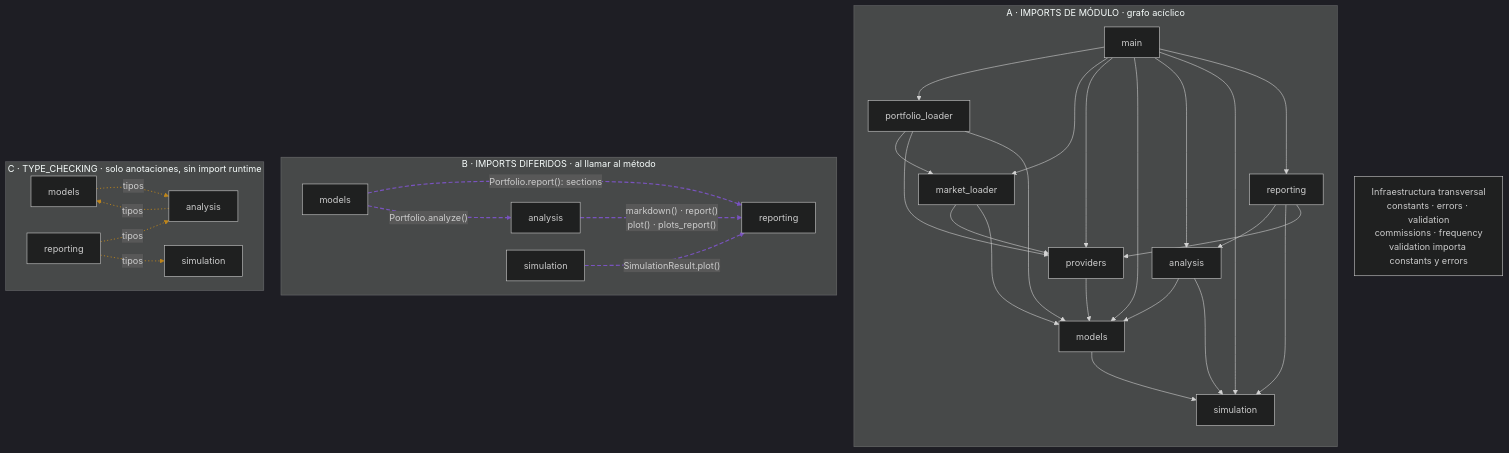
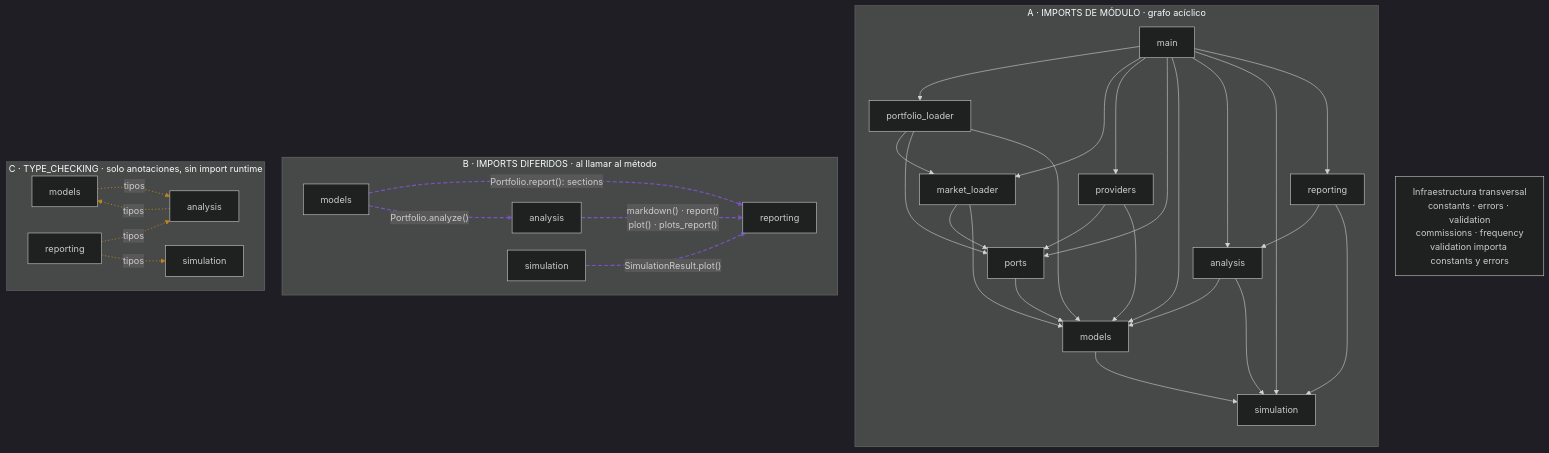
The diagram in diagramas/05-dependencias.mmd (Diegopasfer1909/tallerb1-t1-equipo7), drawn with Mermaid (dark theme) before and after one commit. The commit also changed 34 other files, not shown here.

First line of the commit message:
Puertos de la entrada de datos en el núcleo y adaptadores creados solo en main

```diff
--- a/diagramas/05-dependencias.mmd
+++ b/diagramas/05-dependencias.mmd
@@ -1,81 +1,84 @@
 %% Imports internos extraídos del AST. Tres vistas separadas evitan confundir
 %% importación al cargar un módulo, importación al llamar y anotaciones de tipos.
 %%{init: {"flowchart":{"curve":"basis","nodeSpacing":30,"rankSpacing":50}}}%%
 flowchart TB
     accTitle: B1-T1 · Dependencias entre paquetes
     accDescr: Imports de módulo sin ciclos, imports diferidos de conveniencia e imports exclusivos de TYPE_CHECKING.
     subgraph MODULE["A · IMPORTS DE MÓDULO · grafo acíclico"]
         direction TB
         M["main"]
         PL["portfolio_loader"]
         ML["market_loader"]
         P["providers"]
+        PO["ports"]
         D["models"]
         A["analysis"]
         S["simulation"]
         R["reporting"]
         M --> PL
         M --> ML
         M --> P
+        M --> PO
         M --> D
         M --> A
         M --> S
         M --> R
         PL --> ML
-        PL --> P
+        PL --> PO
         PL --> D
-        ML --> P
+        ML --> PO
         ML --> D
+        P --> PO
         P --> D
+        PO --> D
         A --> D
         A --> S
         D --> S
         R --> A
         R --> S
-        R --> P
     end
     subgraph DEFERRED["B · IMPORTS DIFERIDOS · al llamar al método"]
         direction LR
         DD["models"]
         DA["analysis"]
         DS["simulation"]
         DR["reporting"]
         DD -. "Portfolio.analyze()" .-> DA
         DD -. "Portfolio.report(): sections" .-> DR
         DA -. "markdown() · report()<br/>plot() · plots_report()" .-> DR
         DS -. "SimulationResult.plot()" .-> DR
     end
     subgraph TYPES["C · TYPE_CHECKING · solo anotaciones, sin import runtime"]
         direction LR
         TD["models"]
         TA["analysis"]
         TS["simulation"]
         TR["reporting"]
         TD -. "tipos" .-> TA
         TA -. "tipos" .-> TD
         TR -. "tipos" .-> TA
         TR -. "tipos" .-> TS
     end
     CORE["Infraestructura transversal<br/>constants · errors · validation<br/>commissions · frequency<br/>validation importa constants y errors"]
-    linkStyle 19,20,21,22 stroke:#7953BF,stroke-width:2px,stroke-dasharray:7 4;
-    linkStyle 23,24,25,26 stroke:#BF861B,stroke-width:1.5px,stroke-dasharray:2 4;
+    linkStyle 21,22,23,24 stroke:#7953BF,stroke-width:2px,stroke-dasharray:7 4;
+    linkStyle 25,26,27,28 stroke:#BF861B,stroke-width:1.5px,stroke-dasharray:2 4;
 
 %% Imports transversales omitidos visualmente:
 %% origen           | constants | errors | validation | commissions | frequency
 %% main             | sí        | sí     | sí         | sí          | no
 %% portfolio_loader | sí        | sí     | sí         | sí          | no
 %% market_loader    | sí        | sí     | no         | no          | no
 %% providers        | sí        | sí     | sí         | no          | no
 %% models           | sí        | sí     | sí         | sí          | no
 %% analysis         | sí        | sí     | sí         | sí          | sí
 %% simulation       | sí        | sí     | sí         | sí          | sí
 %% reporting        | sí        | sí     | sí         | sí          | no
 %% validation       | sí        | sí     | --         | no          | no
 %% commissions      | no        | sí     | sí         | --          | no
 %% frequency        | sí        | no     | no         | no          | --
-%% reporting importa al cargar analysis (métricas, avisos), simulation (supuestos)
-%% y providers (identificador de la serie del BCE).
+%% reporting importa al cargar analysis (métricas, avisos) y simulation (supuestos).
+%% ports (puertos del núcleo) solo importa models; providers lo importa para reexportarlo.
 %% constants y errors no importan otros paquetes internos.
-%% reporting → providers solo toma la etiqueta AAA_3M_YIELD de providers.ecb.
+%% Solo main importa providers: los cargadores reciben los adaptadores por los puertos.
 %% 4 aristas diferidas = 7 sentencias de importación.
 %% Los imports internos dentro del mismo paquete no se representan.
```
